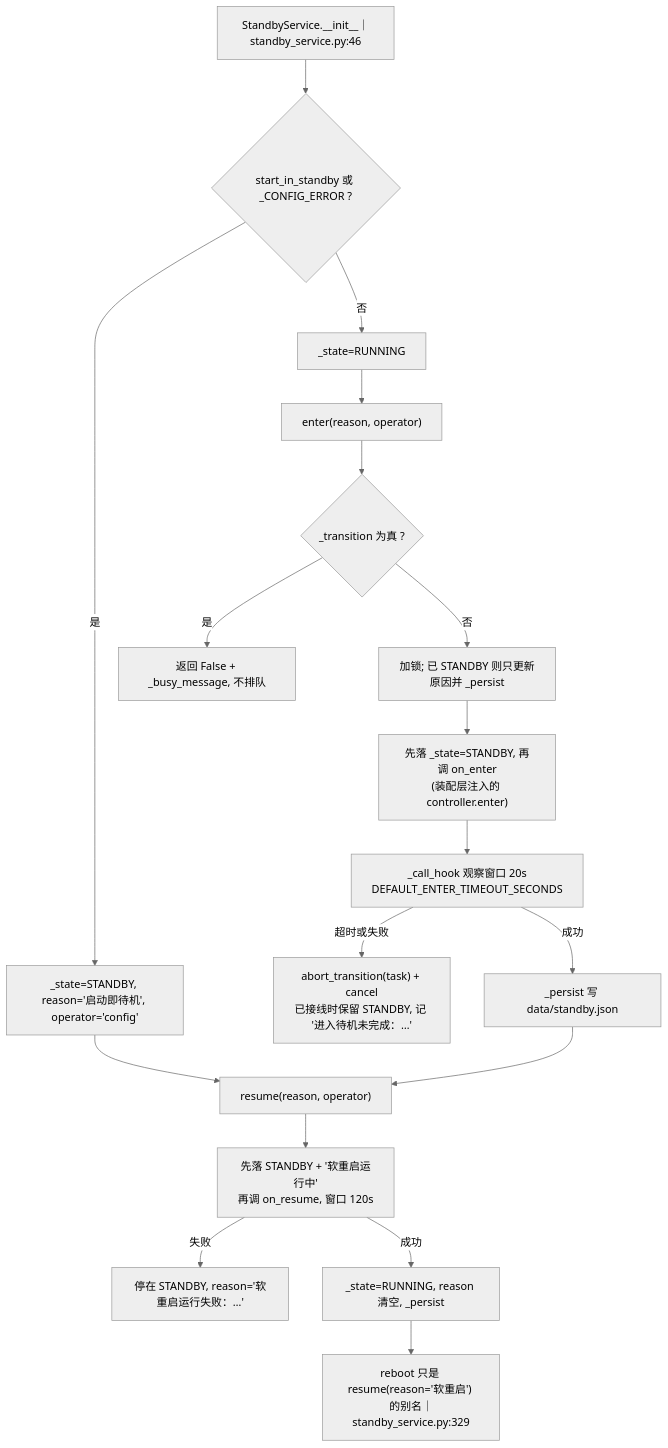
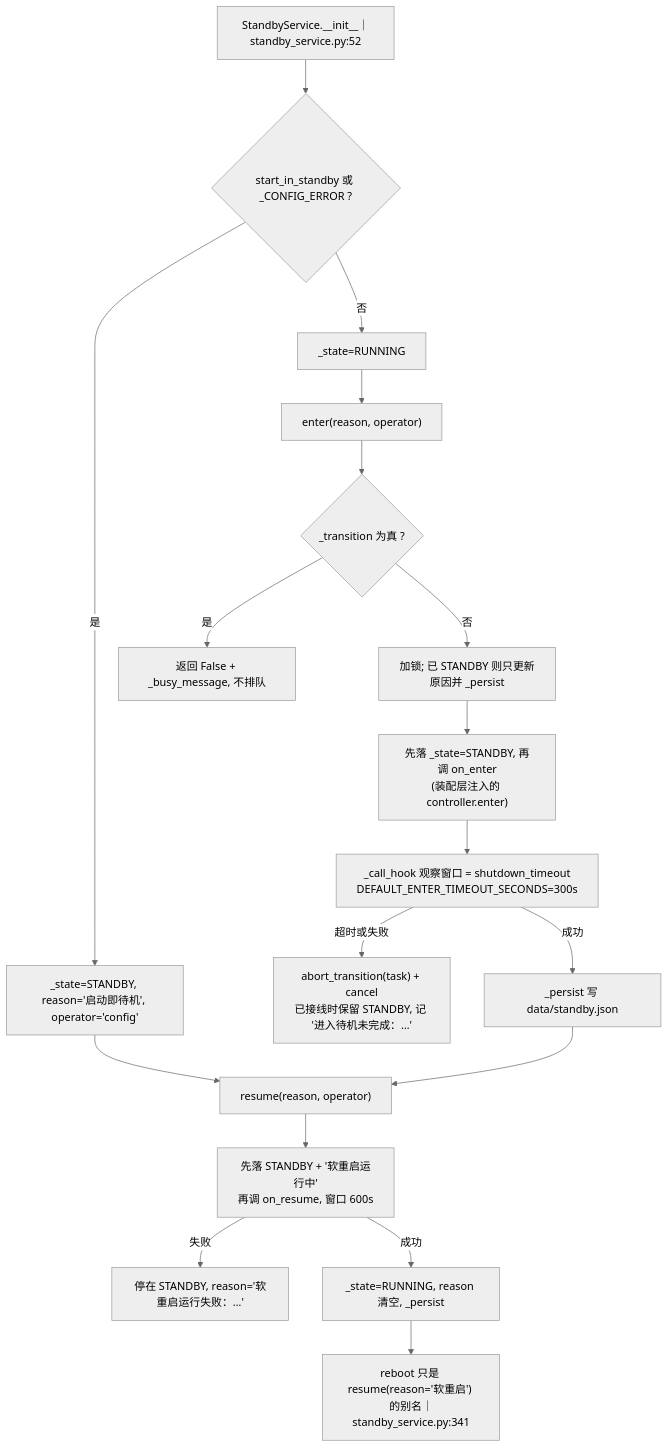
Before and after one commit to SuperQuail/NeoBot: the sixth of 13 diagrams in docs/flow/01-startup-shutdown.md, drawn with Mermaid (neutral theme). The commit also changed other lines of this file and 37 other files, not shown here.

````diff
--- a/docs/flow/01-startup-shutdown.md
+++ b/docs/flow/01-startup-shutdown.md
@@ -260,20 +260,20 @@
 ```mermaid
 flowchart TD
-    START["StandbyService.__init__｜standby_service.py:46"] --> S0{"start_in_standby 或 _CONFIG_ERROR ?"}
+    START["StandbyService.__init__｜standby_service.py:52"] --> S0{"start_in_standby 或 _CONFIG_ERROR ?"}
     S0 -- 是 --> SB["_state=STANDBY, reason='启动即待机', operator='config'"]
     S0 -- 否 --> RUN["_state=RUNNING"]
     RUN --> E["enter(reason, operator)"]
     E --> EB{"_transition 为真 ?"}
     EB -- 是 --> EB1["返回 False + _busy_message, 不排队"]
     EB -- 否 --> E2["加锁; 已 STANDBY 则只更新原因并 _persist"]
     E2 --> E3["先落 _state=STANDBY, 再调 on_enter<br/>(装配层注入的 controller.enter)"]
-    E3 --> E4["_call_hook 观察窗口 20s<br/>DEFAULT_ENTER_TIMEOUT_SECONDS"]
+    E3 --> E4["_call_hook 观察窗口 = shutdown_timeout<br/>DEFAULT_ENTER_TIMEOUT_SECONDS=300s"]
     E4 -- 超时或失败 --> E5["abort_transition(task) + cancel<br/>已接线时保留 STANDBY, 记 '进入待机未完成：…'"]
     E4 -- 成功 --> E6["_persist 写 data/standby.json"]
     SB --> R["resume(reason, operator)"]
     E6 --> R
-    R --> R1["先落 STANDBY + '软重启运行中'<br/>再调 on_resume, 窗口 120s"]
+    R --> R1["先落 STANDBY + '软重启运行中'<br/>再调 on_resume, 窗口 600s"]
     R1 -- 失败 --> R2["停在 STANDBY, reason='软重启运行失败：…'"]
     R1 -- 成功 --> R3["_state=RUNNING, reason 清空, _persist"]
-    R3 --> RB["reboot 只是 resume(reason='软重启') 的别名｜standby_service.py:329"]
+    R3 --> RB["reboot 只是 resume(reason='软重启') 的别名｜standby_service.py:341"]
 ```
````
